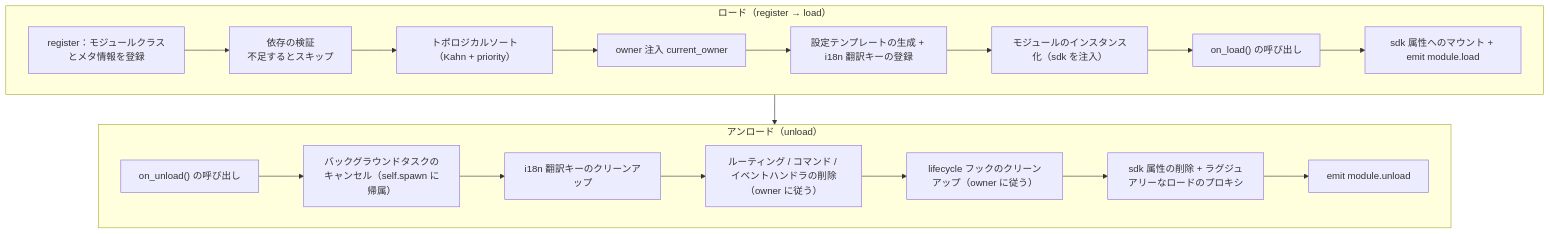
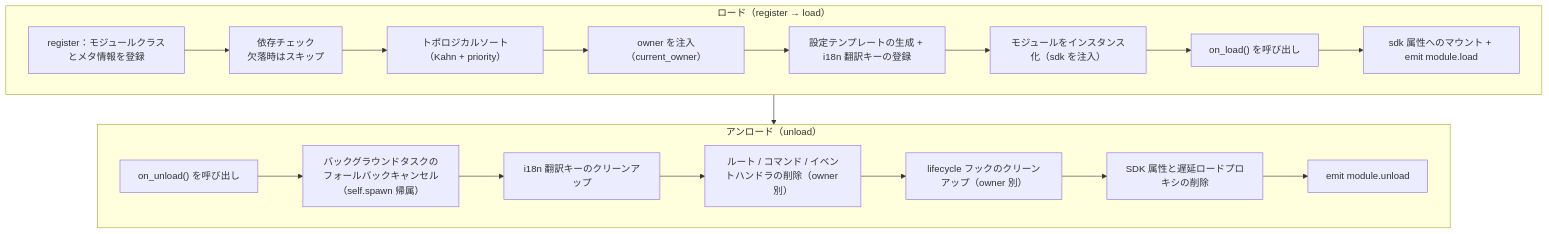
One commit to ErisPulse/ErisPulse changed the diagram in docs/ja/developer-guide/modules/core-concepts.md. Above: the diagram before and after it, drawn with Mermaid. The commit also changed other lines of this file and 124 other files, not shown here.

````diff
--- a/docs/ja/developer-guide/modules/core-concepts.md
+++ b/docs/ja/developer-guide/modules/core-concepts.md
@@ -111,23 +112,23 @@
 ```mermaid
 flowchart TD
     subgraph Load["ロード（register → load）"]
-        L1["register：モジュールクラスとメタ情報を登録"] --> L2["依存の検証<br/>不足するとスキップ"]
+        L1["register：モジュールクラスとメタ情報を登録"] --> L2["依存チェック<br/>欠落時はスキップ"]
         L2 --> L3["トポロジカルソート（Kahn + priority）"]
-        L3 --> L4["owner 注入 current_owner"]
+        L3 --> L4["owner を注入（current_owner）"]
         L4 --> L5["設定テンプレートの生成 + i18n 翻訳キーの登録"]
-        L5 --> L6["モジュールのインスタンス化（sdk を注入）"]
-        L6 --> L7["on_load() の呼び出し"]
+        L5 --> L6["モジュールをインスタンス化（sdk を注入）"]
+        L6 --> L7["on_load() を呼び出し"]
         L7 --> L8["sdk 属性へのマウント + emit module.load"]
     end
 
     subgraph Unload["アンロード（unload）"]
-        U1["on_unload() の呼び出し"] --> U2["バックグラウンドタスクのキャンセル（self.spawn に帰属）"]
+        U1["on_unload() を呼び出し"] --> U2["バックグラウンドタスクのフォールバックキャンセル（self.spawn 帰属）"]
         U2 --> U3["i18n 翻訳キーのクリーンアップ"]
-        U3 --> U4["ルーティング / コマンド / イベントハンドラの削除（owner に従う）"]
-        U4 --> U5["lifecycle フックのクリーンアップ（owner に従う）"]
-        U5 --> U6["sdk 属性の削除 + ラグジュアリーなロードのプロキシ"]
+        U3 --> U4["ルート / コマンド / イベントハンドラの削除（owner 別）"]
+        U4 --> U5["lifecycle フックのクリーンアップ（owner 別）"]
+        U5 --> U6["SDK 属性と遅延ロードプロキシの削除"]
         U6 --> U7["emit module.unload"]
     end
 
     Load --> Unload
 ```
````
